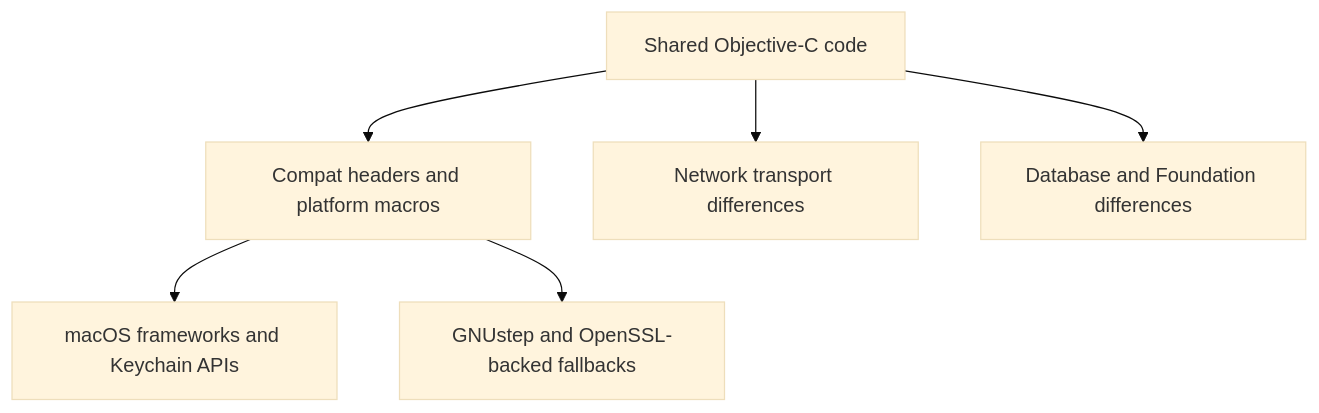
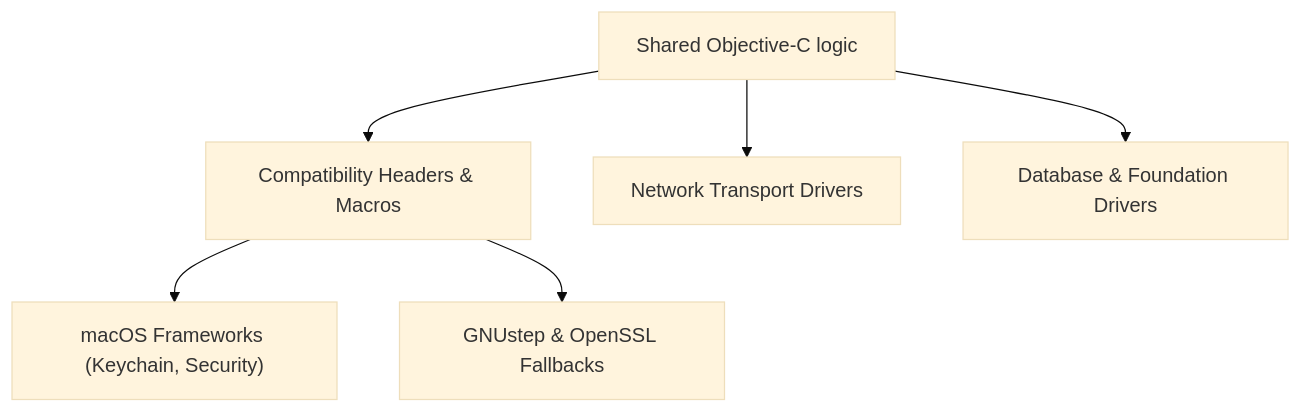
The diagram in docs/09-platform-compatibility/macos-vs-gnustep-boundary.md (jvalinsky/garazyk), drawn with Mermaid (base theme) before and after one commit. The commit also changed other lines of this file and 122 other files, not shown here.

````diff
--- a/docs/09-platform-compatibility/macos-vs-gnustep-boundary.md
+++ b/docs/09-platform-compatibility/macos-vs-gnustep-boundary.md
@@ -7,15 +9,15 @@
 ```mermaid
 flowchart TD
-    Shared["Shared Objective-C code"]
-    Compat["Compat headers and platform macros"]
-    Mac["macOS frameworks and Keychain APIs"]
-    GNU["GNUstep and OpenSSL-backed fallbacks"]
-    Net["Network transport differences"]
-    Data["Database and Foundation differences"]
+    Shared["Shared Objective-C logic"]
+    Compat["Compatibility Headers & Macros"]
+    Mac["macOS Frameworks (Keychain, Security)"]
+    GNU["GNUstep & OpenSSL Fallbacks"]
+    Net["Network Transport Drivers"]
+    Data["Database & Foundation Drivers"]
 
     Shared --> Compat
     Compat --> Mac
     Compat --> GNU
     Shared --> Net
     Shared --> Data
 ```
````
